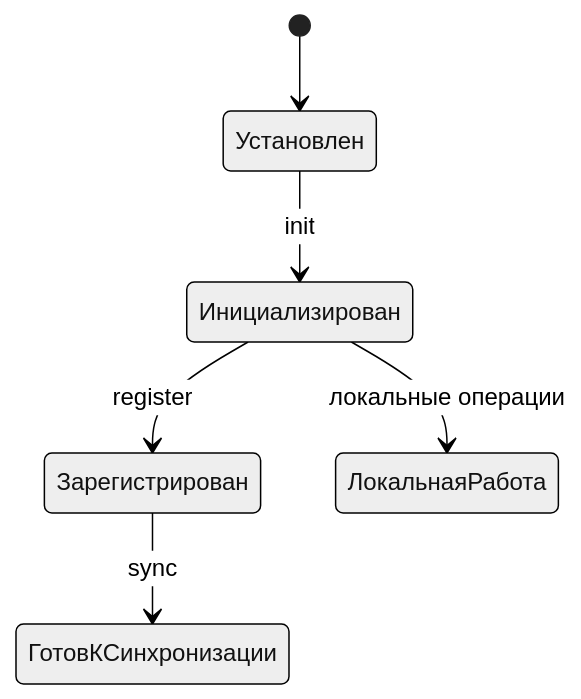
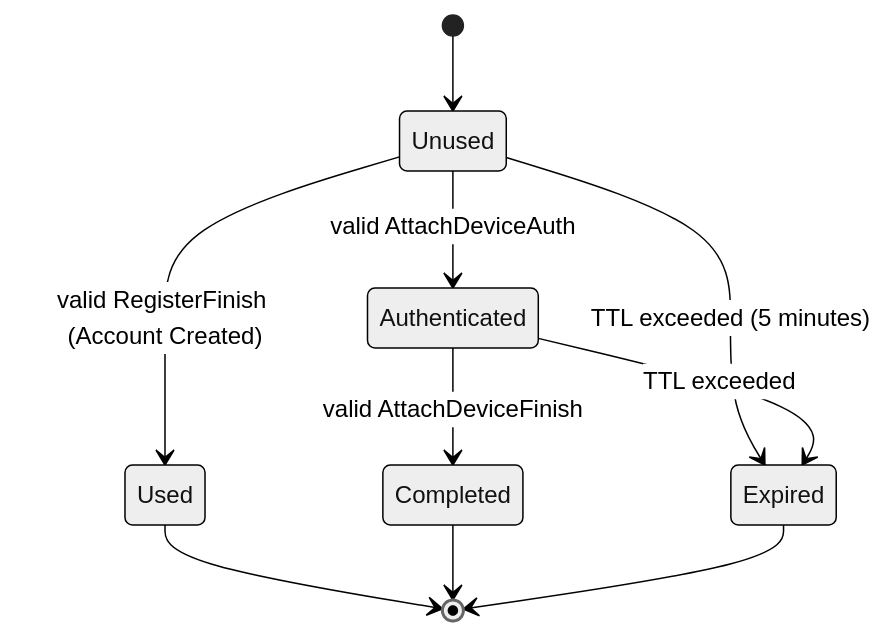
Before and after one commit to IlVin/GophKeeper: the fourth of 4 diagrams in README.md, drawn with Mermaid (neutral theme). The commit also changed other lines of this file and 8 other files, not shown here.

````diff
--- a/README.md
+++ b/README.md
@@ -167,8 +182,12 @@
 ```mermaid
 stateDiagram-v2
-    [*] --> Установлен
-    Установлен --> Инициализирован: init
-    Инициализирован --> Зарегистрирован: register
-    Зарегистрирован --> ГотовКСинхронизации: sync
-    Инициализирован --> ЛокальнаяРабота: локальные операции
+    [*] --> Unused
+    Unused --> Authenticated: valid AttachDeviceAuth
+    Unused --> Used: valid RegisterFinish (Account Created)
+    Unused --> Expired: TTL exceeded (5 minutes)
+    Authenticated --> Completed: valid AttachDeviceFinish
+    Authenticated --> Expired: TTL exceeded
+    Used --> [*]
+    Completed --> [*]
+    Expired --> [*]
 ```
````
